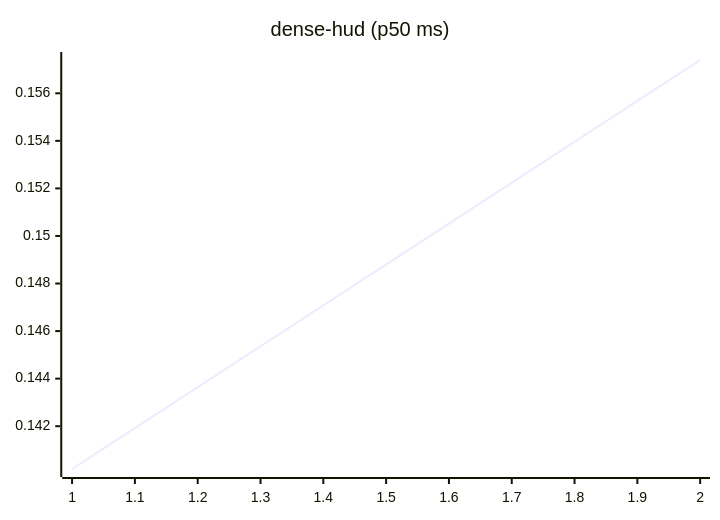
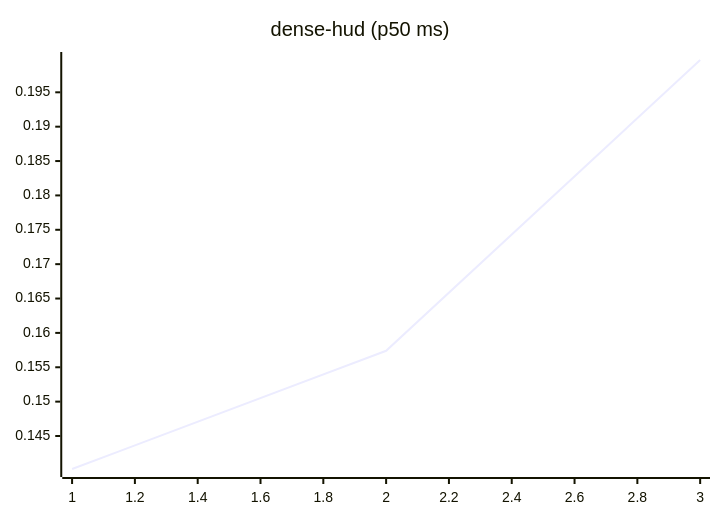
One commit to josha/Facet changed the eighth of 27 diagrams in README.md. Above: the diagram before and after it, drawn with Mermaid. The commit also changed other lines of this file and 2 other files, not shown here.

````diff
--- a/README.md
+++ b/README.md
@@ -112,6 +112,6 @@
 ```mermaid
 xychart-beta
     title "dense-hud (p50 ms)"
-    x-axis 1 --> 2
-    line [0.1402, 0.1574]
+    x-axis 1 --> 3
+    line [0.1402, 0.1574, 0.1997]
 ```
````
